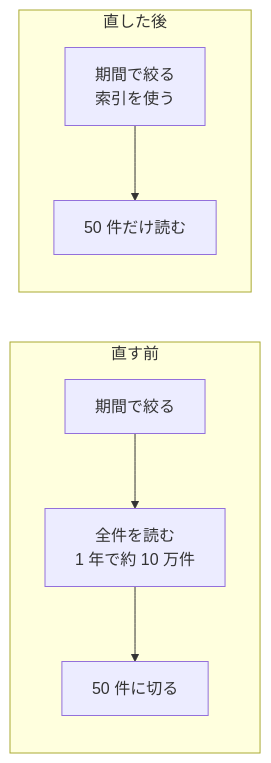
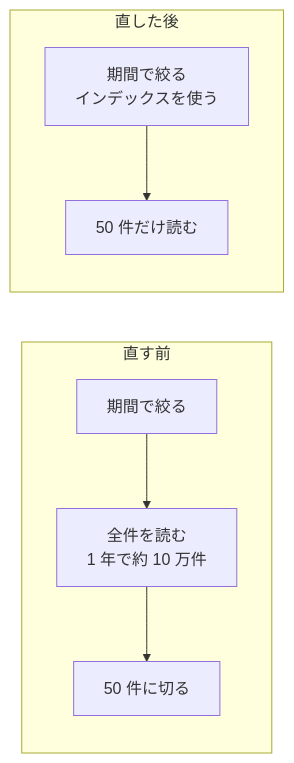
Before and after one commit to sh0ki-00/My-Lab: the diagram in skills/git-pr/examples/pr-example.md, drawn with Mermaid. The commit also changed other lines of this file and 203 other files, not shown here.

````diff
--- a/skills/git-pr/examples/pr-example.md
+++ b/skills/git-pr/examples/pr-example.md
@@ -25,9 +25,9 @@
 ```mermaid
 flowchart LR
     subgraph before["直す前"]
         A1["期間で絞る"] --> A2["全件を読む<br/>1 年で約 10 万件"] --> A3["50 件に切る"]
     end
     subgraph after["直した後"]
-        B1["期間で絞る<br/>索引を使う"] --> B2["50 件だけ読む"]
+        B1["期間で絞る<br/>インデックスを使う"] --> B2["50 件だけ読む"]
     end
 ```
````
